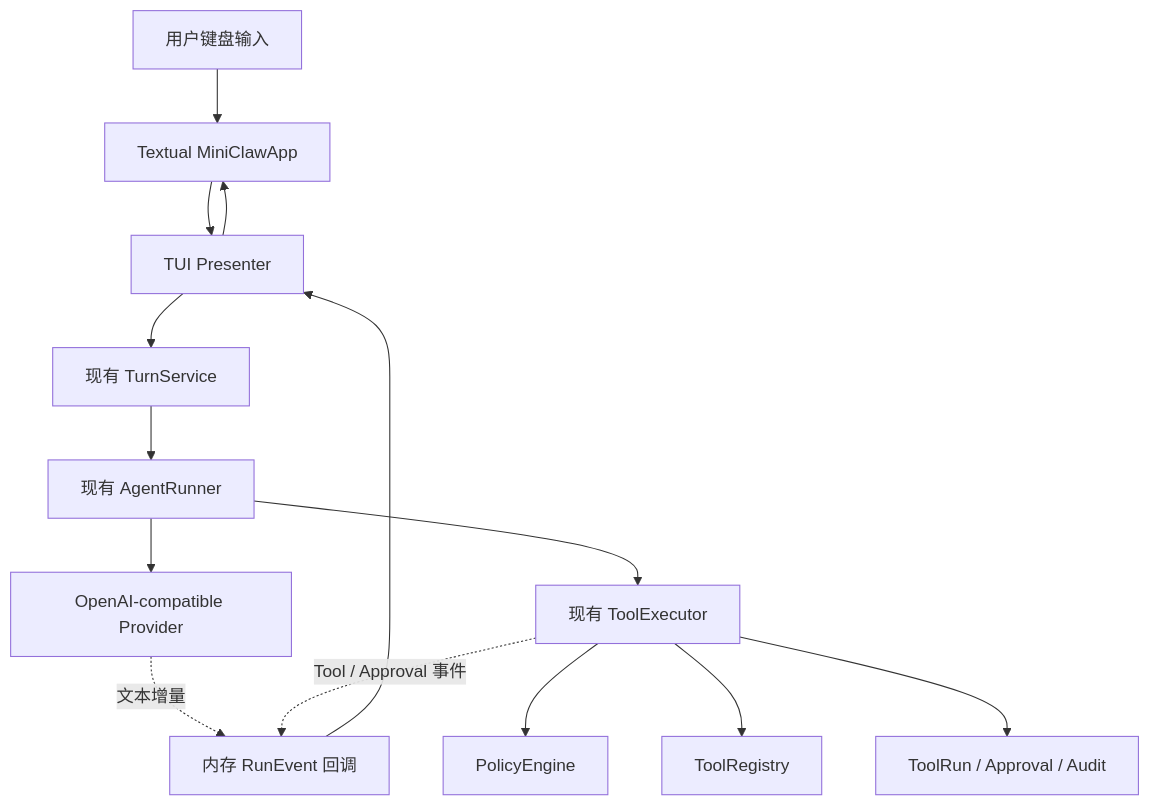
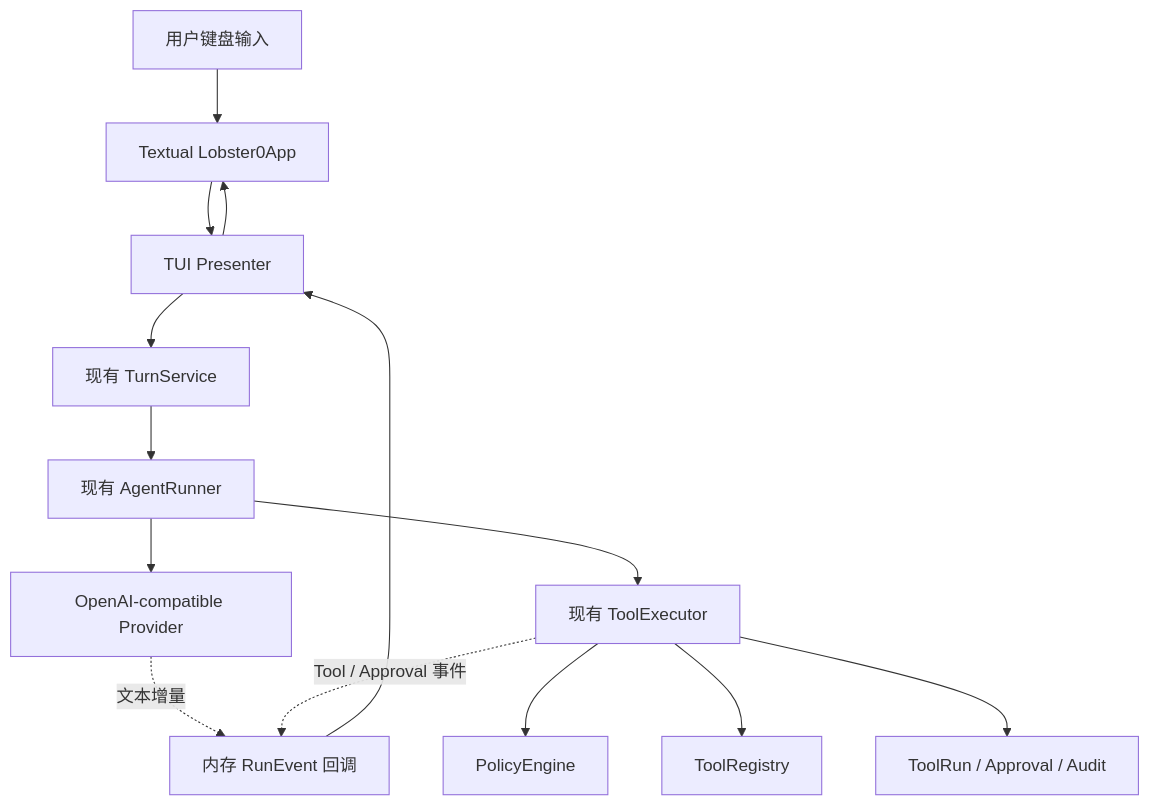
One commit to NEDONION/lobster0 changed the first of 3 diagrams in docs/superpowers/specs/2026-08-08-gemini-style-tui-and-lark-cli-design.md. Above: the diagram before and after it, drawn with Mermaid. The commit also changed other lines of this file and 221 other files, not shown here.

````diff
--- a/docs/superpowers/specs/2026-08-08-gemini-style-tui-and-lark-cli-design.md
+++ b/docs/superpowers/specs/2026-08-08-gemini-style-tui-and-lark-cli-design.md
@@ -336,16 +336,16 @@
 ```mermaid
 flowchart TD
-    USER["用户键盘输入"] --> APP["Textual MiniClawApp"]
+    USER["用户键盘输入"] --> APP["Textual Lobster0App"]
     APP --> PRESENTER["TUI Presenter"]
     PRESENTER --> TURN["现有 TurnService"]
     TURN --> RUNNER["现有 AgentRunner"]
     RUNNER --> PROVIDER["OpenAI-compatible Provider"]
     RUNNER --> EXECUTOR["现有 ToolExecutor"]
     EXECUTOR --> POLICY["PolicyEngine"]
     EXECUTOR --> TOOLS["ToolRegistry"]
     EXECUTOR --> STORE["ToolRun / Approval / Audit"]
     PROVIDER -. "文本增量" .-> EVENTS["内存 RunEvent 回调"]
     EXECUTOR -. "Tool / Approval 事件" .-> EVENTS
     EVENTS --> PRESENTER
     PRESENTER --> APP
 ```
````
